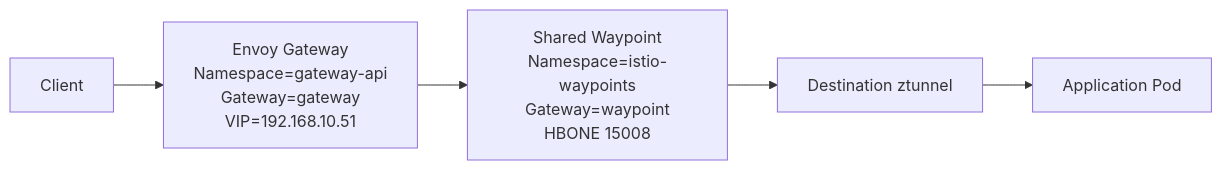
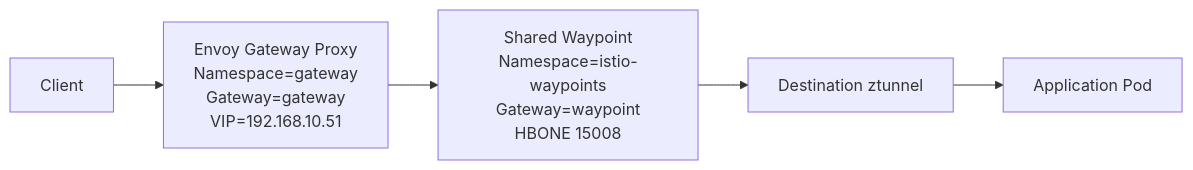
The first of 3 diagrams in documentation/connectivity.md (siutsin/otaru), drawn with Mermaid before and after one commit. The commit also changed other lines of this file and 31 other files, not shown here.

First line of the commit message:
refactor: split Envoy Gateway controller and runtime namespaces (#2344)

````diff
--- a/documentation/connectivity.md
+++ b/documentation/connectivity.md
@@ -41,7 +46,7 @@
 ```mermaid
 flowchart LR
-  U["Client"] --> EG["Envoy Gateway\nNamespace=gateway-api\nGateway=gateway\nVIP=192.168.10.51"]
+  U["Client"] --> EG["Envoy Gateway Proxy\nNamespace=gateway\nGateway=gateway\nVIP=192.168.10.51"]
   EG --> W["Shared Waypoint\nNamespace=istio-waypoints\nGateway=waypoint\nHBONE 15008"]
   W --> ZD["Destination ztunnel"]
   ZD --> P["Application Pod"]
 ```
````
